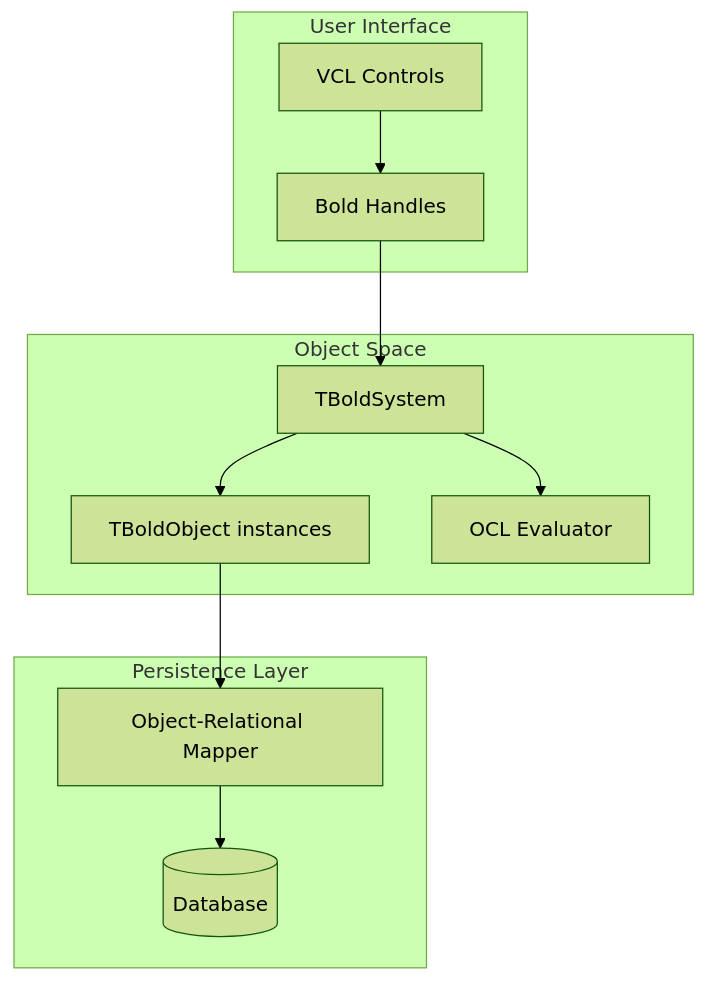
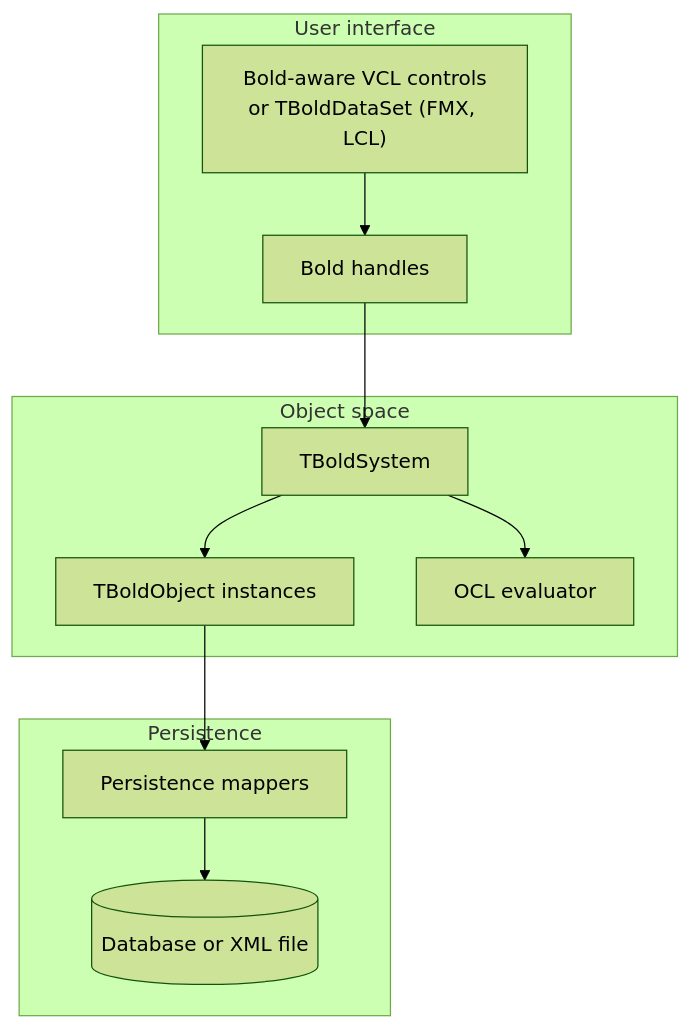
Before and after one commit to bero/BoldForDelphi: the diagram in docs/index.md, drawn with Mermaid (forest theme). The commit also changed other lines of this file and 19 other files, not shown here.

````diff
--- a/docs/index.md
+++ b/docs/index.md
@@ -43,32 +24,32 @@
 ```mermaid
 flowchart TB
-    subgraph UI["User Interface"]
-        VCL[VCL Controls]
-        Handles[Bold Handles]
+    subgraph UI["User interface"]
+        Controls["Bold-aware VCL controls<br/>or TBoldDataSet (FMX, LCL)"]
+        Handles[Bold handles]
     end
 
-    subgraph ObjectSpace["Object Space"]
+    subgraph ObjectSpace["Object space"]
         System[TBoldSystem]
         Objects[TBoldObject instances]
-        OCL[OCL Evaluator]
+        OCL[OCL evaluator]
     end
 
-    subgraph Persistence["Persistence Layer"]
-        PMapper[Object-Relational Mapper]
-        DB[(Database)]
+    subgraph Persistence["Persistence"]
+        PMapper[Persistence mappers]
+        DB[(Database or XML file)]
     end
 
-    VCL --> Handles
+    Controls --> Handles
     Handles --> System
     System --> Objects
     System --> OCL
     Objects --> PMapper
     PMapper --> DB
 
-    click Handles href "classes/TBoldSystemHandle/" "Bold Handle classes"
-    click System href "classes/TBoldSystem/" "TBoldSystem documentation"
-    click Objects href "classes/TBoldObject/" "TBoldObject documentation"
-    click OCL href "concepts/ocl/" "OCL documentation"
-    click PMapper href "concepts/persistence/" "Persistence documentation"
-    click DB href "concepts/persistence/" "Database persistence documentation"
+    click Handles href "classes/TBoldSystemHandle/" "Bold handle classes"
+    click System href "classes/TBoldSystem/" "TBoldSystem"
+    click Objects href "classes/TBoldObject/" "TBoldObject"
+    click OCL href "concepts/ocl/" "OCL"
+    click PMapper href "concepts/persistence/" "Persistence"
+    click DB href "concepts/persistence/" "Persistence"
 ```
````
